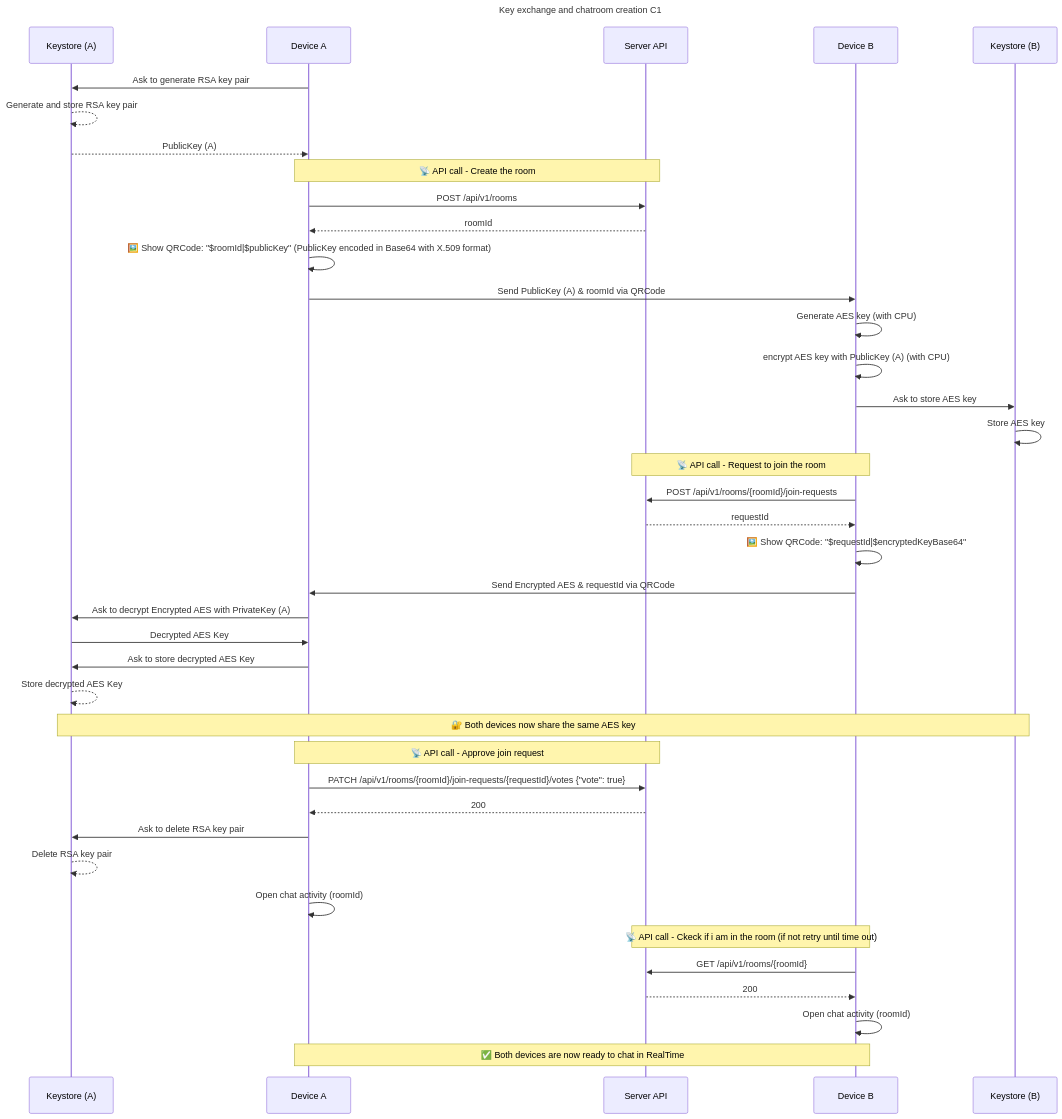
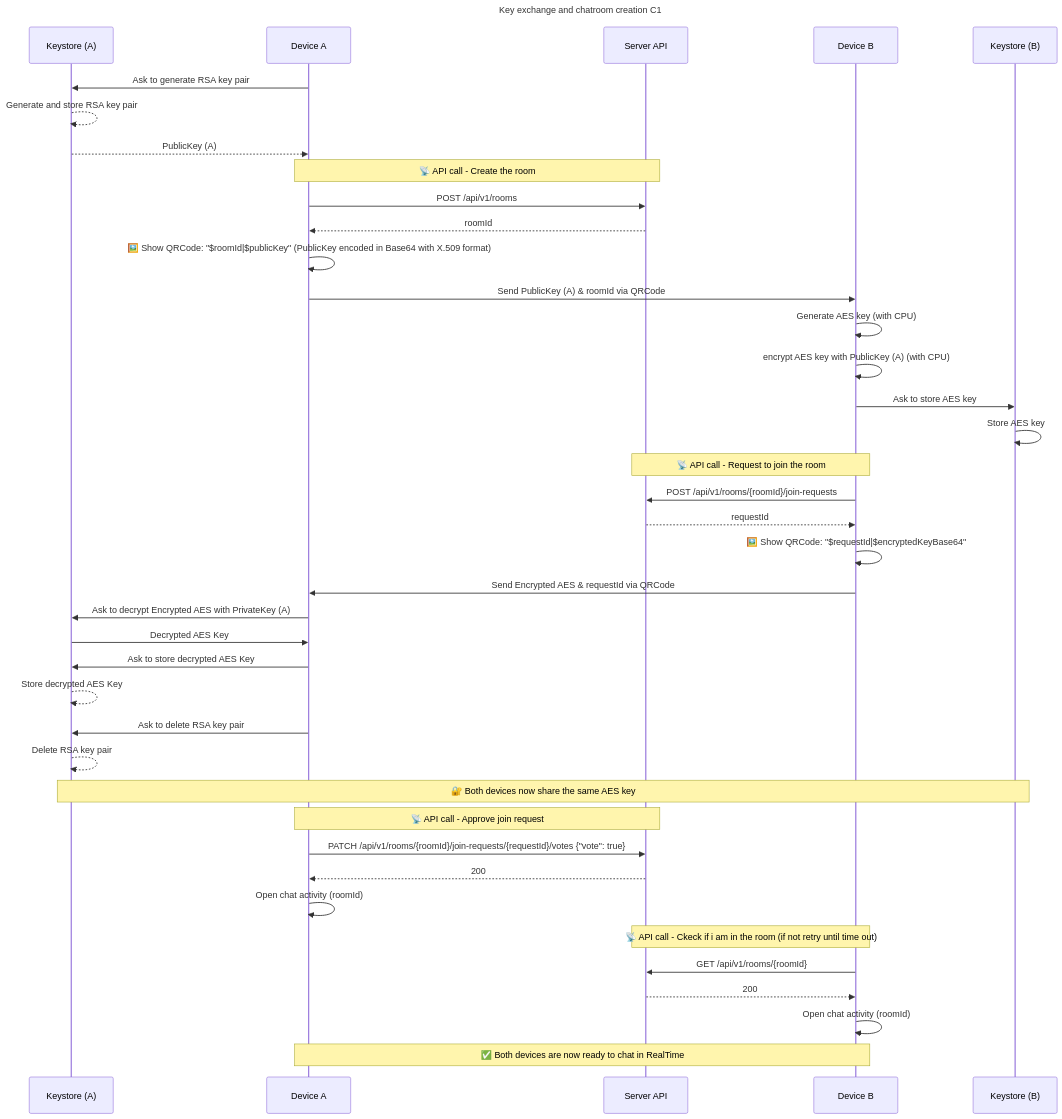
Before and after one commit to MarcoNani/RealTime: the diagram in Docs/diagrams/C1.mmd, drawn with Mermaid.

Commit message:
Improved sequence diagram (C1) to reflect code

```diff
--- a/Docs/diagrams/C1.mmd
+++ b/Docs/diagrams/C1.mmd
@@ -1,66 +1,67 @@
 sequenceDiagram
 Title: Key exchange and chatroom creation C1
     participant KeystoreA as Keystore (A)
     participant A as Device A
     participant Server as Server API
     participant B as Device B
     participant KeystoreB as Keystore (B)
 
 
     A->>KeystoreA: Ask to generate RSA key pair
     KeystoreA-->>KeystoreA: Generate and store RSA key pair
     KeystoreA-->>A: PublicKey (A)
 
     
 
     Note over A, Server: 📡 API call - Create the room
     A->>Server: POST /api/v1/rooms
     Server-->>A: roomId
 
     A->>A: 🖼️ Show QRCode: "$roomId|$publicKey" (PublicKey encoded in Base64 with X.509 format)
     A->>B: Send PublicKey (A) & roomId via QRCode
 
     B->>B: Generate AES key (with CPU)
     B->>B: encrypt AES key with PublicKey (A) (with CPU)
 
     B->>KeystoreB: Ask to store AES key
     KeystoreB->>KeystoreB: Store AES key
 
     Note over B, Server: 📡 API call - Request to join the room
 
     B->>Server: POST /api/v1/rooms/{roomId}/join-requests
     Server-->>B: requestId
 
 
 
     B->>B: 🖼️ Show QRCode: "$requestId|$encryptedKeyBase64"
 
     B->>A: Send Encrypted AES & requestId via QRCode
 
     A->>KeystoreA: Ask to decrypt Encrypted AES with PrivateKey (A)
     KeystoreA->>A: Decrypted AES Key
 
     A->>KeystoreA: Ask to store decrypted AES Key
     KeystoreA-->>KeystoreA: Store decrypted AES Key
+    
+    A->>KeystoreA: Ask to delete RSA key pair
+    KeystoreA-->>KeystoreA: Delete RSA key pair
 
     Note over KeystoreA, KeystoreB: 🔐 Both devices now share the same AES key
 
     Note over A, Server: 📡 API call - Approve join request
     A->>Server: PATCH /api/v1/rooms/{roomId}/join-requests/{requestId}/votes    {"vote": true}
     Server-->>A: 200
 
-    A->>KeystoreA: Ask to delete RSA key pair
-    KeystoreA-->>KeystoreA: Delete RSA key pair
 
     A->>A: Open chat activity (roomId)
 
     Note over B, Server: 📡 API call - Ckeck if i am in the room (if not retry until time out)
 
     B->>Server: GET /api/v1/rooms/{roomId}
     Server-->>B: 200
 
     B->>B: Open chat activity (roomId)
 
 
 
     Note over A, B: ✅ Both devices are now ready to chat in RealTime
```
